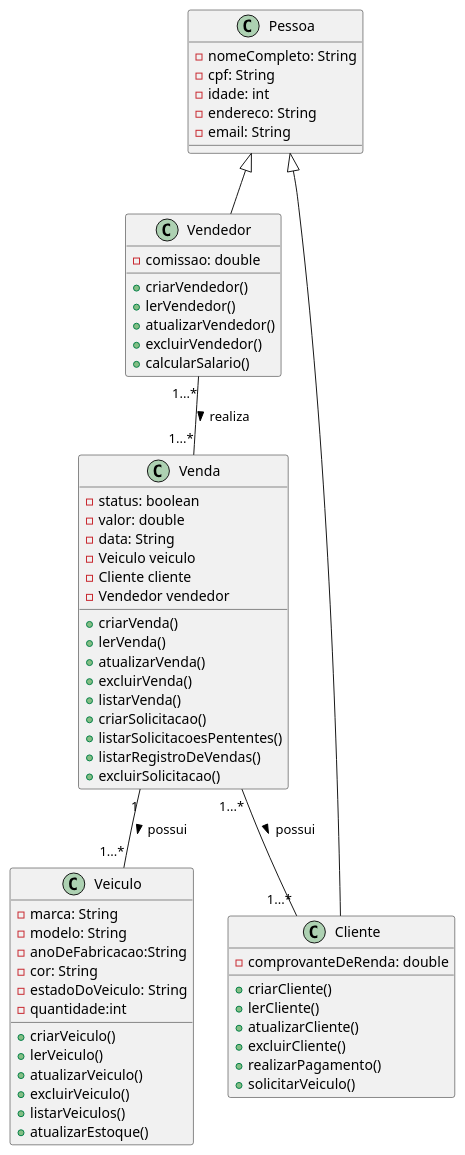
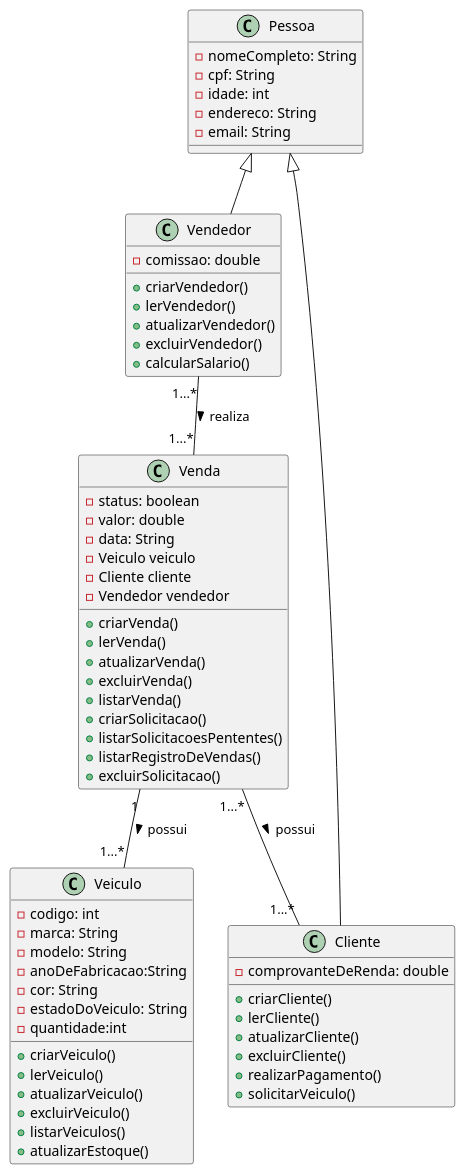
The diagram in DIAGRAMA/ProjetoPOO.iuml (Moisesl2/Projeto-Concessionaria), drawn with PlantUML before and after one commit.

```diff
--- a/DIAGRAMA/ProjetoPOO.iuml
+++ b/DIAGRAMA/ProjetoPOO.iuml
@@ -1,67 +1,68 @@
 @startuml "Concessionária"
 
 class Pessoa{
     -nomeCompleto: String
     -cpf: String
     -idade: int
     -endereco: String
     -email: String
 }
 
 class Vendedor{
     -comissao: double
     +criarVendedor()
     +lerVendedor()
     +atualizarVendedor()
     +excluirVendedor()
     +calcularSalario()
 }
 class Cliente{
     -comprovanteDeRenda: double
     +criarCliente()
     +lerCliente()
     +atualizarCliente()
     +excluirCliente()
     +realizarPagamento()
     +solicitarVeiculo()
 }
 
 class Veiculo{
+    -codigo: int
     -marca: String 
     -modelo: String
     -anoDeFabricacao:String 
     -cor: String 
     -estadoDoVeiculo: String
     -quantidade:int
     +criarVeiculo()
     +lerVeiculo()
     +atualizarVeiculo()
     +excluirVeiculo()
     +listarVeiculos()
     +atualizarEstoque()
 }
 class Venda{
     -status: boolean
     -valor: double 
     -data: String
     -Veiculo veiculo
     -Cliente cliente 
     -Vendedor vendedor
     +criarVenda()
     +lerVenda()
     +atualizarVenda()
     +excluirVenda()
     +listarVenda()
     +criarSolicitacao() 
     +listarSolicitacoesPententes()
     +listarRegistroDeVendas()
     +excluirSolicitacao()
 }
 Pessoa <|-- Vendedor
 Pessoa <|-- Cliente 
 
 Vendedor "1...*"--"1...*" Venda: realiza >
 Venda "1" -- "1...*" Veiculo: possui >
 Venda "1...*" -- "1...*" Cliente: possui >
 
 @enduml
```
